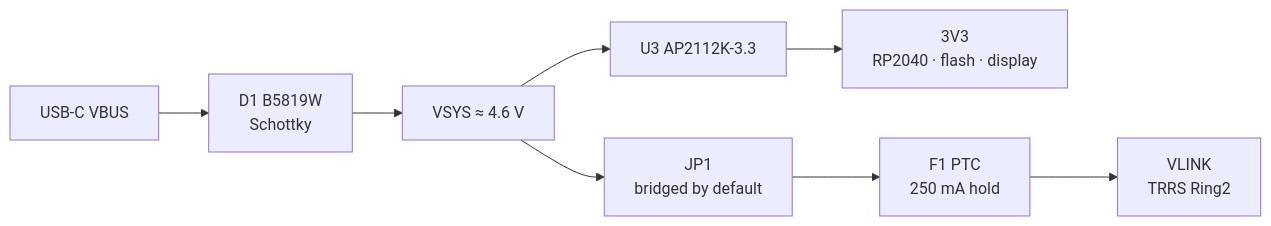
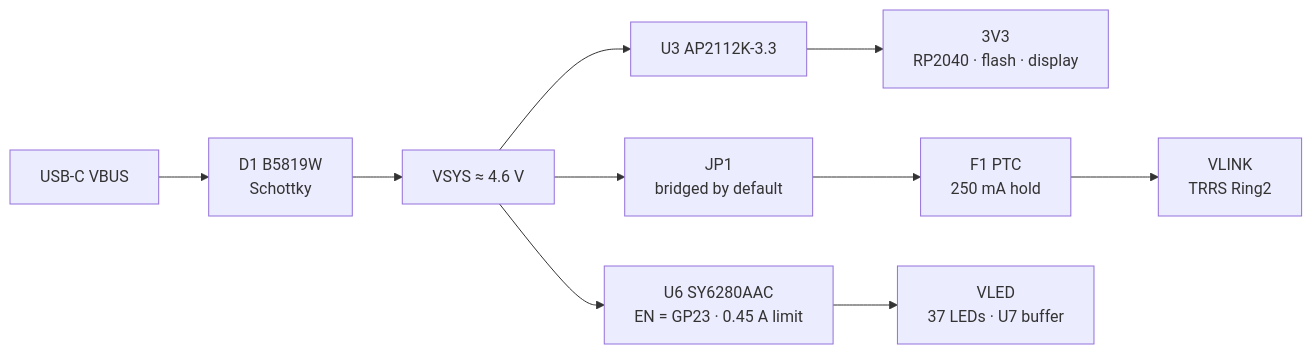
One commit to w0rxbend/worxboard changed the first of 2 diagrams in README.md. Above: the diagram before and after it, drawn with Mermaid. The commit also changed other lines of this file and 88 other files, not shown here.

````diff
--- a/README.md
+++ b/README.md
@@ -148,5 +156,6 @@
 ```mermaid
 flowchart LR
     USB["USB-C VBUS"] --> D1["D1 B5819W<br/>Schottky"] --> VSYS["VSYS ≈ 4.6 V"] --> U3["U3 AP2112K-3.3"] --> V33["3V3<br/>RP2040 · flash · display"]
     VSYS --> JP1["JP1<br/>bridged by default"] --> F1["F1 PTC<br/>250 mA hold"] --> VLINK["VLINK<br/>TRRS Ring2"]
+    VSYS --> U6["U6 SY6280AAC<br/>EN = GP23 · 0.45 A limit"] --> VLED["VLED<br/>37 LEDs · U7 buffer"]
 ```
````
